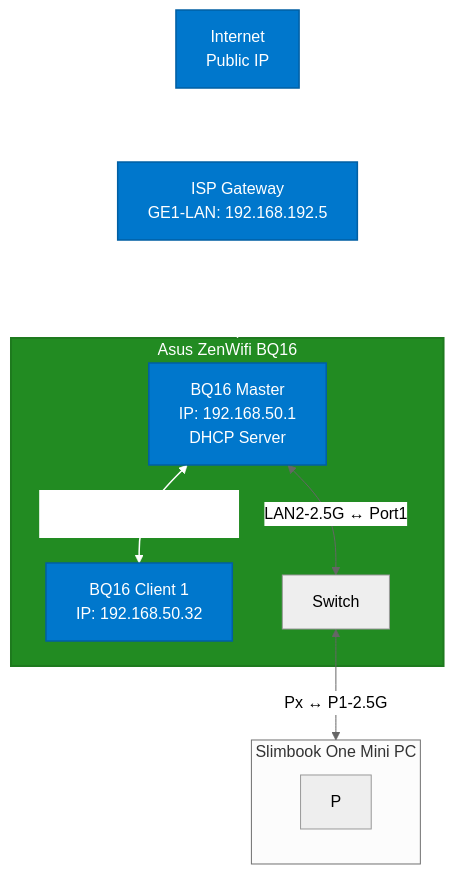
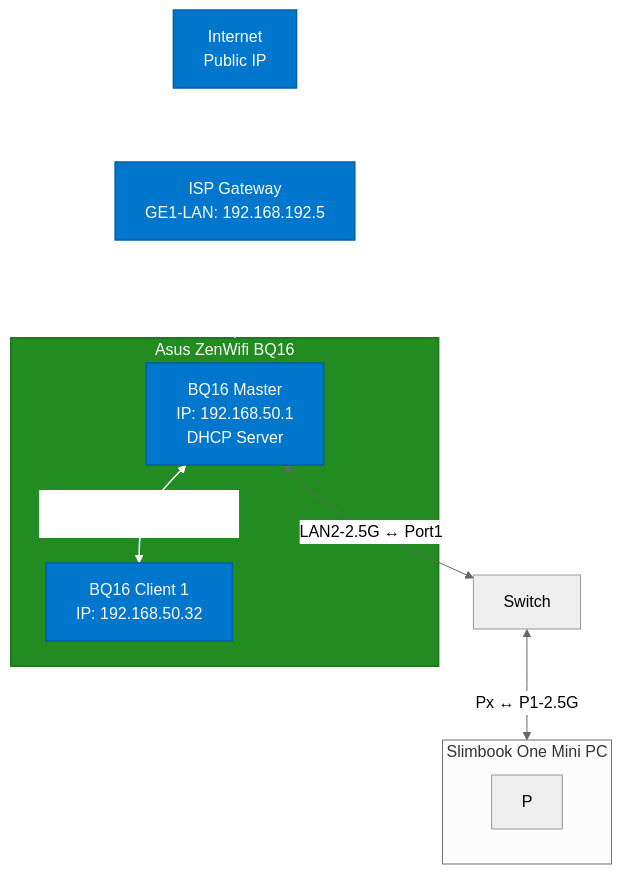
One commit to lukkeutgens/Homelab changed the diagram in Research/architecture.md. Above: the diagram before and after it, drawn with Mermaid (neutral theme).

````diff
--- a/Research/architecture.md
+++ b/Research/architecture.md
@@ -4,30 +4,30 @@
 ```mermaid
 flowchart TD
     A[Internet<br/>Public IP] <-->|Fiber| B[ISP Gateway<br/>GE1-LAN: 192.168.192.5]
     B <-->|GE1-LAN -> WAN/LAN1-10G| ZW[Asus ZenWifi BQ16]
 
     subgraph ZW [Asus ZenWifi BQ16]
         C[BQ16 Master<br/>IP: 192.168.50.1<br/>DHCP Server]
         D[BQ16 Client 1<br/>IP: 192.168.50.32<br/>]
         C <-->|LAN3-10G → WAN/LAN1-10G| D
-        C <-->|LAN2-2.5G ↔ Port1| S[Switch]
     end
 
+    C <-->|LAN2-2.5G ↔ Port1| S[Switch]
     S <-->|Px ↔ P1-2.5G| SLIM[Mini PC: Slimbook One<br/>IP: 192.168.50.x<br/>OS: Proxmox]
 
     subgraph SLIM [Slimbook One Mini PC]
         P
         %% Hier komen later de VM's
     end
 
     %% Styling
     style A fill:#0077cc,color:#ffffff,stroke:#005fa3,stroke-width:1.5px
     style B fill:#0077cc,color:#ffffff,stroke:#005fa3,stroke-width:1.5px
     style C fill:#0077cc,color:#ffffff,stroke:#005fa3,stroke-width:1.5px
     style D fill:#0077cc,color:#ffffff,stroke:#005fa3,stroke-width:1.5px
     style ZW fill:#228b22,color:#ffffff,stroke:#1e7a1e,stroke-width:2px
 
     linkStyle 0 stroke:#ffffff,stroke-width:1.5px,color:#ffffff
     linkStyle 1 stroke:#ffffff,stroke-width:1.5px,color:#ffffff
     linkStyle 2 stroke:#ffffff,stroke-width:1.5px,color:#ffffff
 ```
````
